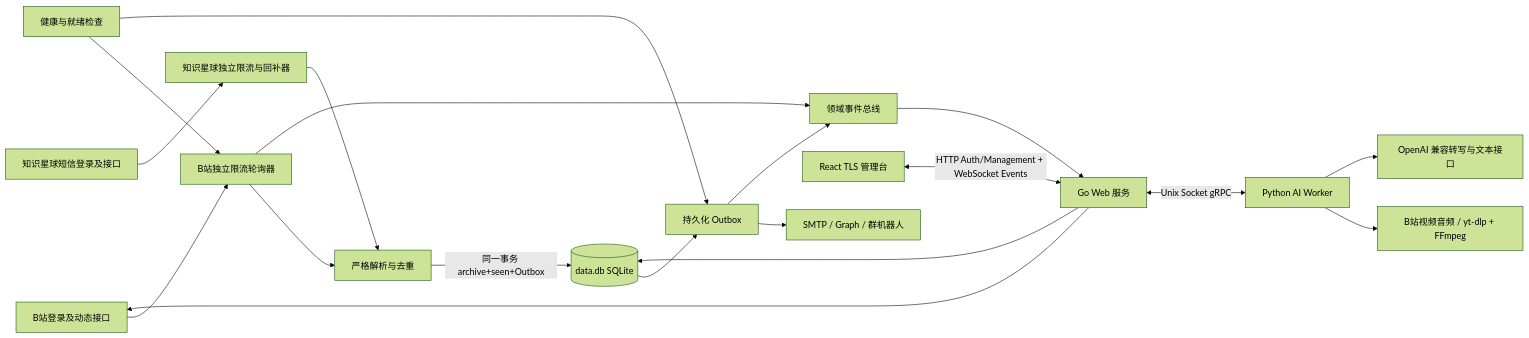
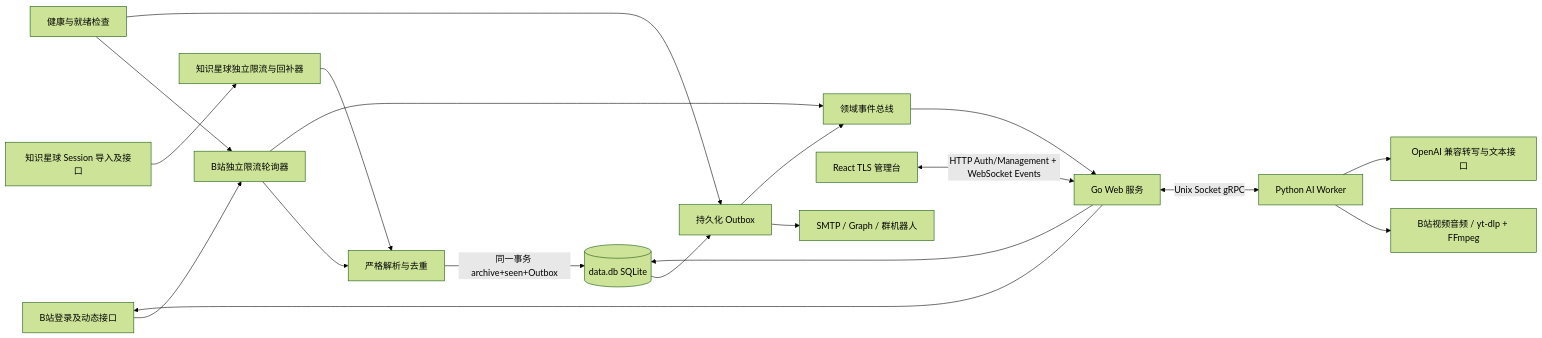
The diagram in docs/requirements-and-design.md (linxin2429/bili_notify), drawn with Mermaid (forest theme) before and after one commit. The commit also changed other lines of this file and 28 other files, not shown here.

````diff
--- a/docs/requirements-and-design.md
+++ b/docs/requirements-and-design.md
@@ -21,21 +21,21 @@
 ```mermaid
 flowchart LR
     B[B站登录及动态接口] --> C[B站独立限流轮询器]
-    Z[知识星球短信登录及接口] --> Q[知识星球独立限流与回补器]
+    Z[知识星球 Session 导入及接口] --> Q[知识星球独立限流与回补器]
     C --> P[严格解析与去重]
     Q --> P
     P -->|同一事务 archive+seen+Outbox| S[(data.db SQLite)]
     S --> O[持久化 Outbox]
     O --> N[SMTP / Graph / 群机器人]
     A[React TLS 管理台] <-->|HTTP Auth/Management + WebSocket Events| W[Go Web 服务]
     W --> S
     W --> B
     E[领域事件总线] --> W
     C --> E
     O --> E
     H[健康与就绪检查] --> C
     H --> O
     W <-->|Unix Socket gRPC| AI[Python AI Worker]
     AI --> BD[B站视频音频 / yt-dlp + FFmpeg]
     AI --> OP[OpenAI 兼容转写与文本接口]
 ```
````
